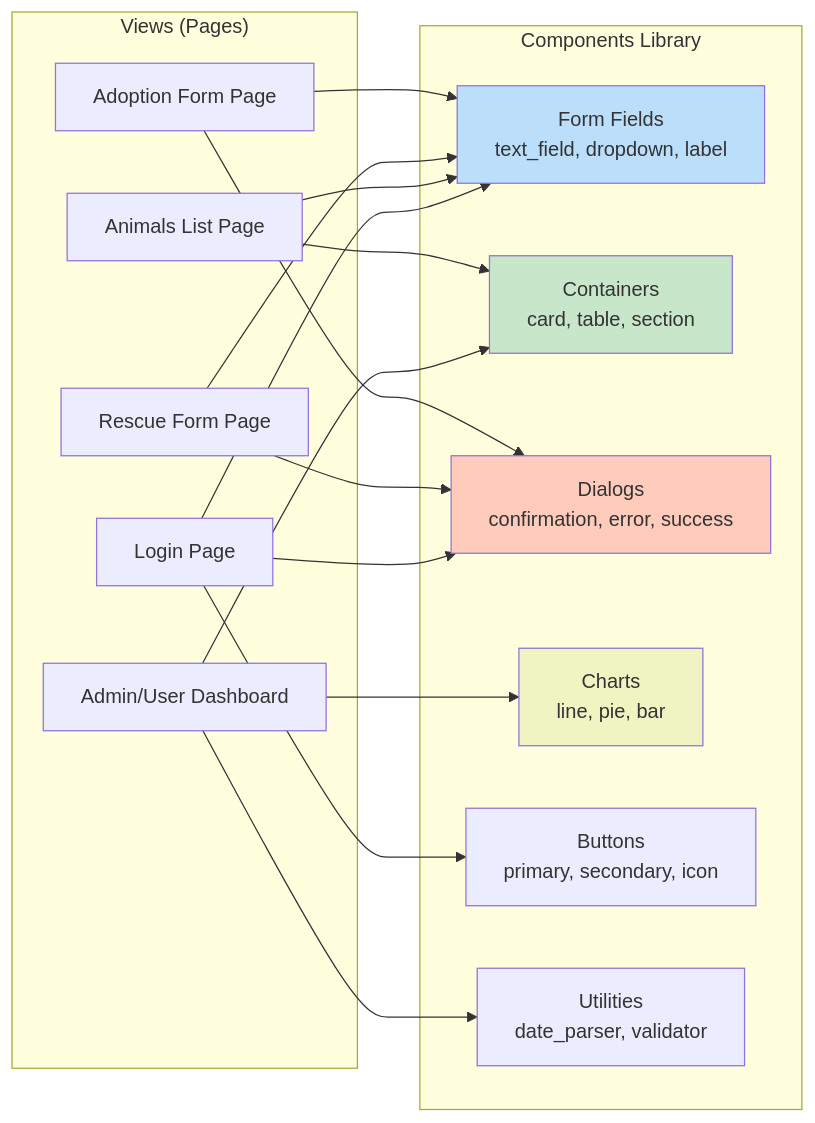
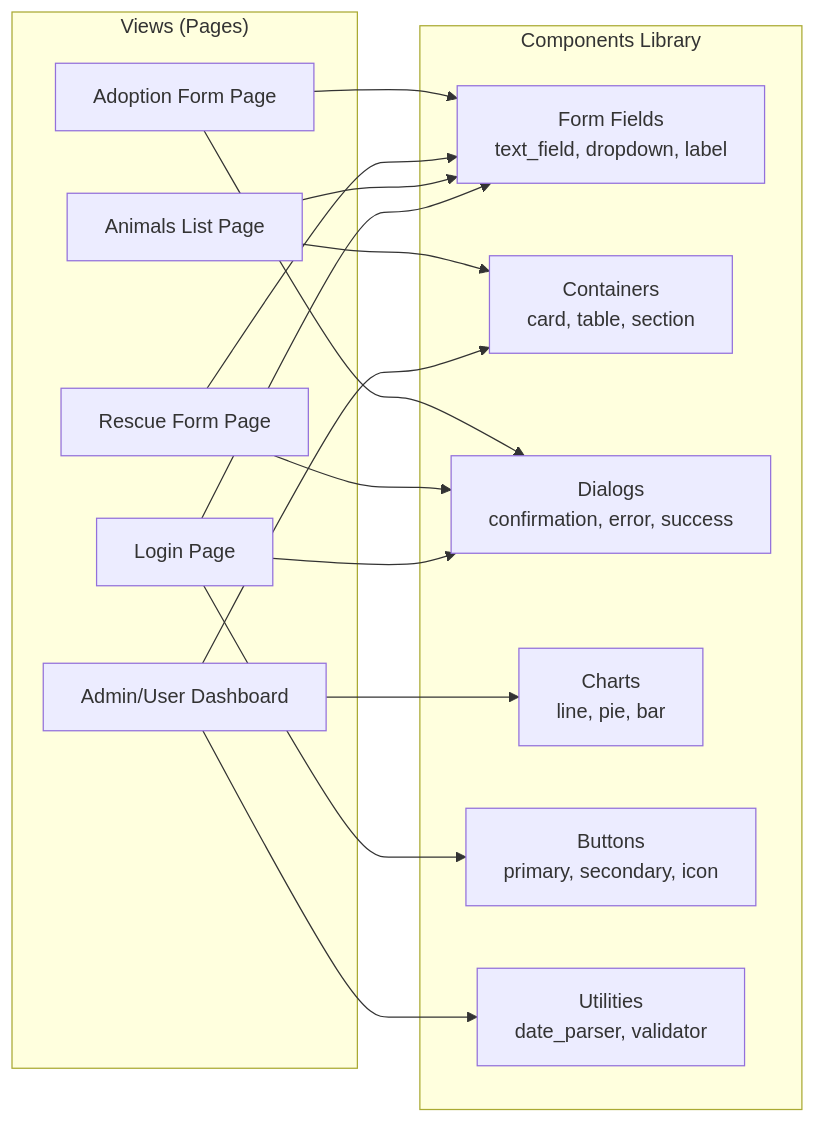
Before and after one commit to clepord34/PawRes: the second of 10 diagrams in docs/ARCHITECTURE.md, drawn with Mermaid. The commit also changed other lines of this file and 10 other files, not shown here.

````diff
--- a/docs/ARCHITECTURE.md
+++ b/docs/ARCHITECTURE.md
@@ -122,41 +115,36 @@
 ```mermaid
 graph LR
     subgraph "Views (Pages)"
         Login[Login Page]
         Dashboard[Admin/User Dashboard]
         AnimalList[Animals List Page]
         RescueForm[Rescue Form Page]
         AdoptionForm[Adoption Form Page]
     end
     
     subgraph "Components Library"
         FormFields[Form Fields<br/>text_field, dropdown, label]
         Containers[Containers<br/>card, table, section]
         Dialogs[Dialogs<br/>confirmation, error, success]
         Charts[Charts<br/>line, pie, bar]
         Buttons[Buttons<br/>primary, secondary, icon]
         Utils[Utilities<br/>date_parser, validator]
     end
     
     Login --> FormFields
     Login --> Buttons
     Login --> Dialogs
     
     Dashboard --> Containers
     Dashboard --> Charts
     Dashboard --> Utils
     
     AnimalList --> Containers
     AnimalList --> FormFields
     
     RescueForm --> FormFields
     RescueForm --> Dialogs
     
     AdoptionForm --> FormFields
     AdoptionForm --> Dialogs
-    
-    style FormFields fill:#bbdefb
-    style Containers fill:#c8e6c9
-    style Dialogs fill:#ffccbc
-    style Charts fill:#f0f4c3
 ```
````
